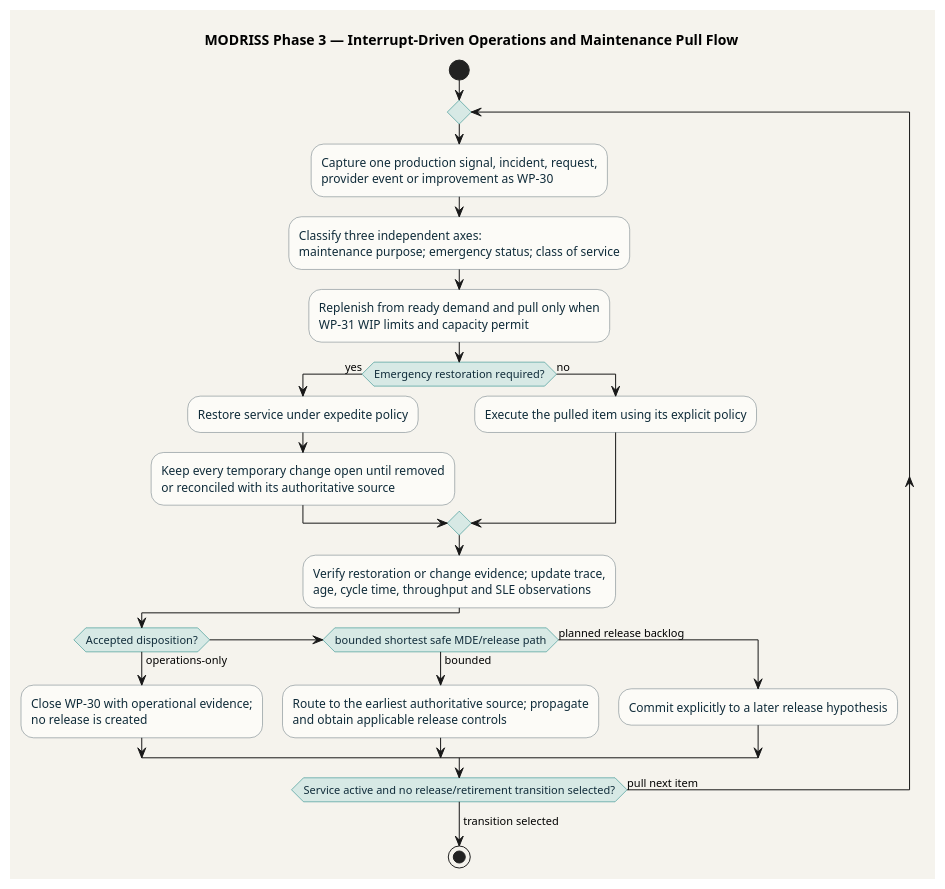
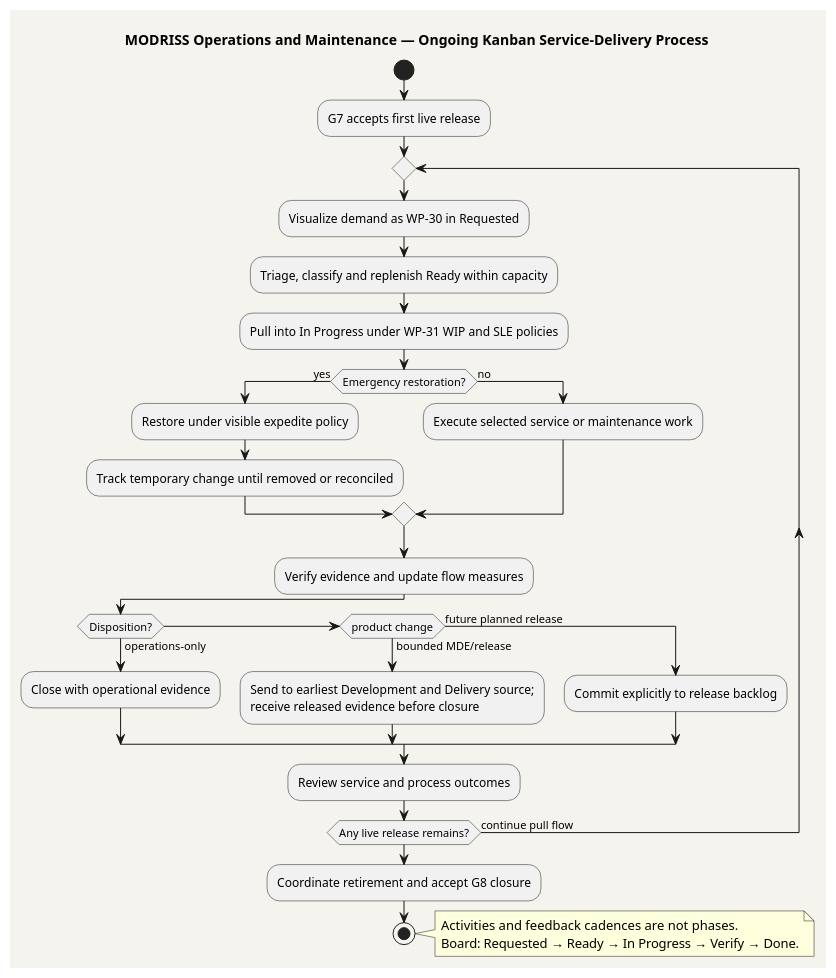
One commit to mehdieidi/modriss changed the diagram in mde/process/engineered-method/spem/operations-flow.puml. Above: the diagram before and after it, drawn with PlantUML. The commit also changed 64 other files, not shown here.

```diff
--- a/mde/process/engineered-method/spem/operations-flow.puml
+++ b/mde/process/engineered-method/spem/operations-flow.puml
@@ -1,51 +1,33 @@
 @startuml
-title MODRISS Phase 3 — Interrupt-Driven Operations and Maintenance Pull Flow
-
+title MODRISS Operations and Maintenance — Ongoing Kanban Service-Delivery Process
 skinparam backgroundColor #F5F3ED
 skinparam shadowing false
-skinparam activity {
-  BackgroundColor #FCFBF7
-  BorderColor #617178
-  FontColor #102C3A
-  DiamondBackgroundColor #D7E9E5
-  DiamondBorderColor #087B78
-}
-skinparam note {
-  BackgroundColor #EBE8DF
-  BorderColor #B4653C
-}
-
 start
+:G7 accepts first live release;
 repeat
-  :Capture one production signal, incident, request,\nprovider event or improvement as WP-30;
-  :Classify three independent axes:\nmaintenance purpose; emergency status; class of service;
-  :Replenish from ready demand and pull only when\nWP-31 WIP limits and capacity permit;
-
-  if (Emergency restoration required?) then (yes)
-    :Restore service under expedite policy;
-    :Keep every temporary change open until removed\nor reconciled with its authoritative source;
+  :Visualize demand as WP-30 in Requested;
+  :Triage, classify and replenish Ready within capacity;
+  :Pull into In Progress under WP-31 WIP and SLE policies;
+  if (Emergency restoration?) then (yes)
+    :Restore under visible expedite policy;
+    :Track temporary change until removed or reconciled;
   else (no)
-    :Execute the pulled item using its explicit policy;
+    :Execute selected service or maintenance work;
   endif
-
-  :Verify restoration or change evidence; update trace,\nage, cycle time, throughput and SLE observations;
-
-  if (Accepted disposition?) then (operations-only)
-    :Close WP-30 with operational evidence;\nno release is created;
-  elseif (bounded shortest safe MDE/release path) then (bounded)
-    :Route to the earliest authoritative source; propagate\nand obtain applicable release controls;
-  else (planned release backlog)
-    :Commit explicitly to a later release hypothesis;
+  :Verify evidence and update flow measures;
+  if (Disposition?) then (operations-only)
+    :Close with operational evidence;
+  elseif (product change) then (bounded MDE/release)
+    :Send to earliest Development and Delivery source;\nreceive released evidence before closure;
+  else (future planned release)
+    :Commit explicitly to release backlog;
   endif
-
-repeat while (Service active and no release/retirement transition selected?) is (pull next item)
--> transition selected;
-
+  :Review service and process outcomes;
+repeat while (Any live release remains?) is (continue pull flow)
+:Coordinate retirement and accept G8 closure;
+stop
 note right
-  Maintenance purpose does not determine urgency.
-  Emergency status does not determine class of service.
-  Class of service does not determine engineering impact.
+  Activities and feedback cadences are not phases.
+  Board: Requested → Ready → In Progress → Verify → Done.
 end note
-
-stop
 @enduml
```
